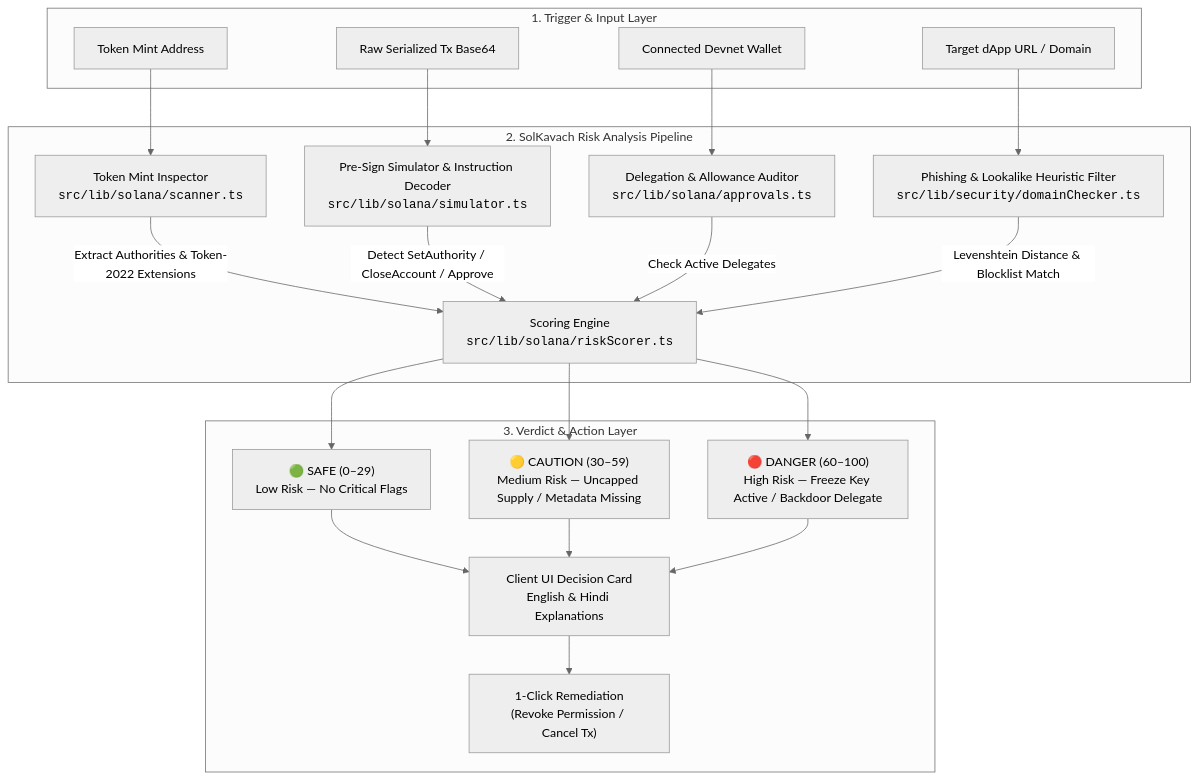
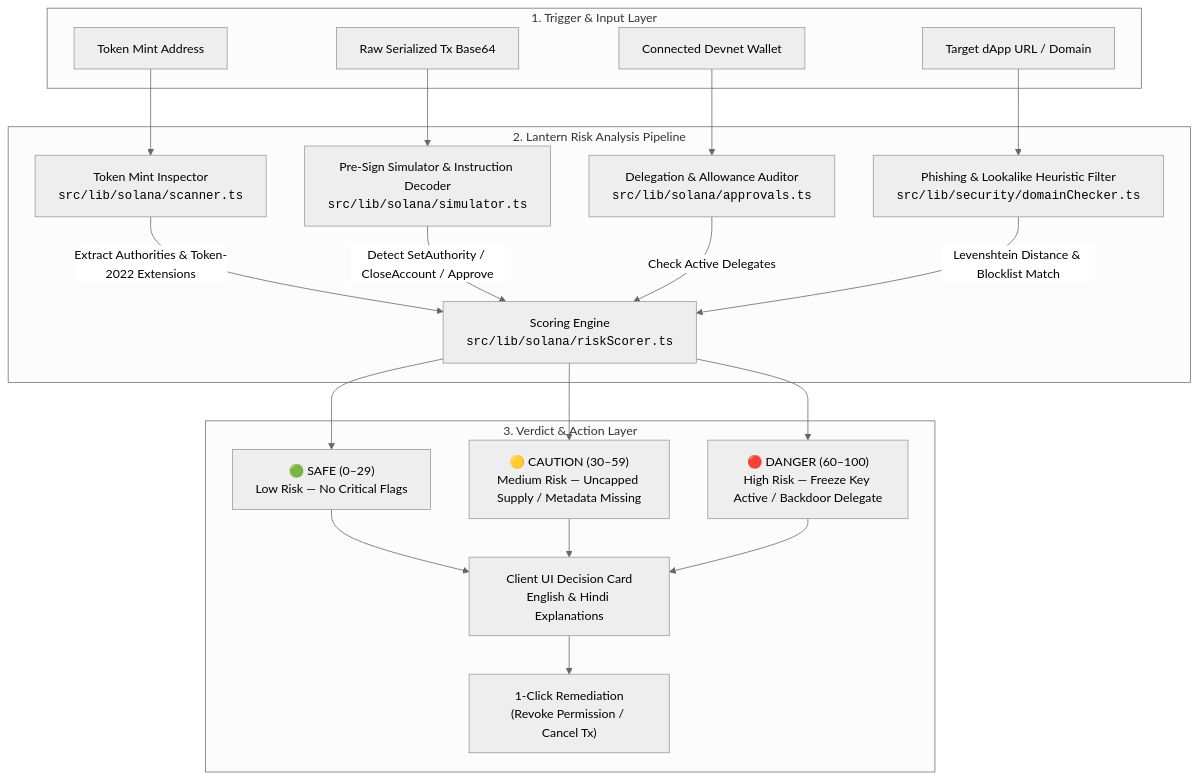
The diagram in README.md (arpitb496-cpu/lantern-defi), drawn with Mermaid (neutral theme) before and after one commit. The commit also changed other lines of this file and 7 other files, not shown here.

Commit message:
refactor: rename platform from SolKavach to Lantern across all files and dictionaries

````diff
--- a/README.md
+++ b/README.md
@@ -30,37 +30,37 @@
 ```mermaid
 flowchart TD
     subgraph Inputs["1. Trigger & Input Layer"]
         A1["Token Mint Address"]
         A2["Raw Serialized Tx Base64"]
         A3["Connected Devnet Wallet"]
         A4["Target dApp URL / Domain"]
     end
 
-    subgraph Engine["2. SolKavach Risk Analysis Pipeline"]
+    subgraph Engine["2. Lantern Risk Analysis Pipeline"]
         B1["Token Mint Inspector<br/><code>src/lib/solana/scanner.ts</code>"]
         B2["Pre-Sign Simulator & Instruction Decoder<br/><code>src/lib/solana/simulator.ts</code>"]
         B3["Delegation & Allowance Auditor<br/><code>src/lib/solana/approvals.ts</code>"]
         B4["Phishing & Lookalike Heuristic Filter<br/><code>src/lib/security/domainChecker.ts</code>"]
 
         A1 --> B1
         A2 --> B2
         A3 --> B3
         A4 --> B4
 
         B1 -->|"Extract Authorities & Token-2022 Extensions"| C["Scoring Engine<br/><code>src/lib/solana/riskScorer.ts</code>"]
         B2 -->|"Detect SetAuthority / CloseAccount / Approve"| C
         B3 -->|"Check Active Delegates"| C
         B4 -->|"Levenshtein Distance & Blocklist Match"| C
     end
 
     subgraph Output["3. Verdict & Action Layer"]
         C --> D1["🟢 SAFE (0–29)<br/>Low Risk — No Critical Flags"]
         C --> D2["🟡 CAUTION (30–59)<br/>Medium Risk — Uncapped Supply / Metadata Missing"]
         C --> D3["🔴 DANGER (60–100)<br/>High Risk — Freeze Key Active / Backdoor Delegate"]
 
         D1 --> E["Client UI Decision Card<br/>English & Hindi Explanations"]
         D2 --> E
         D3 --> E
         E --> F["1-Click Remediation<br/>(Revoke Permission / Cancel Tx)"]
     end
 ```
````
